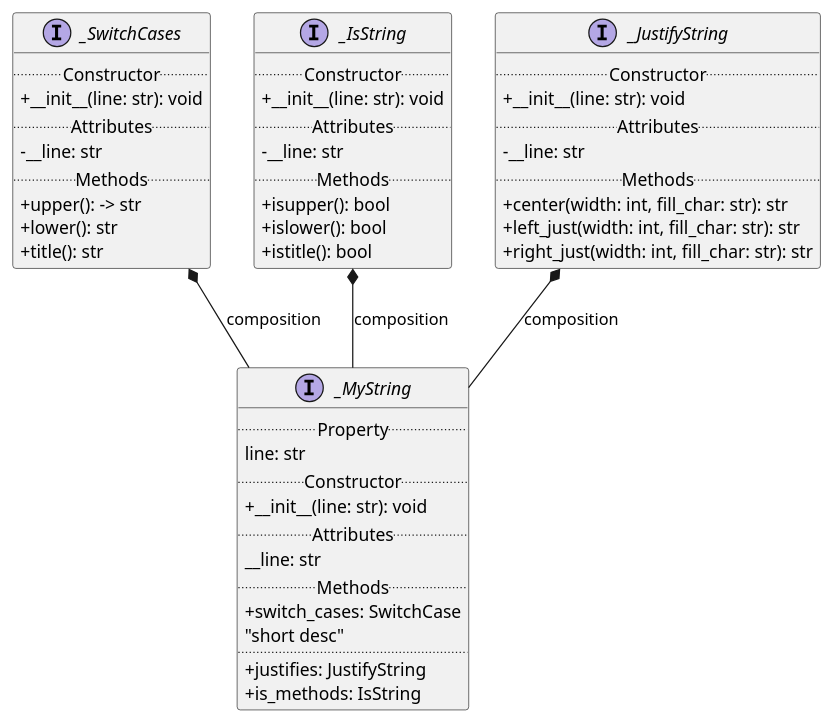
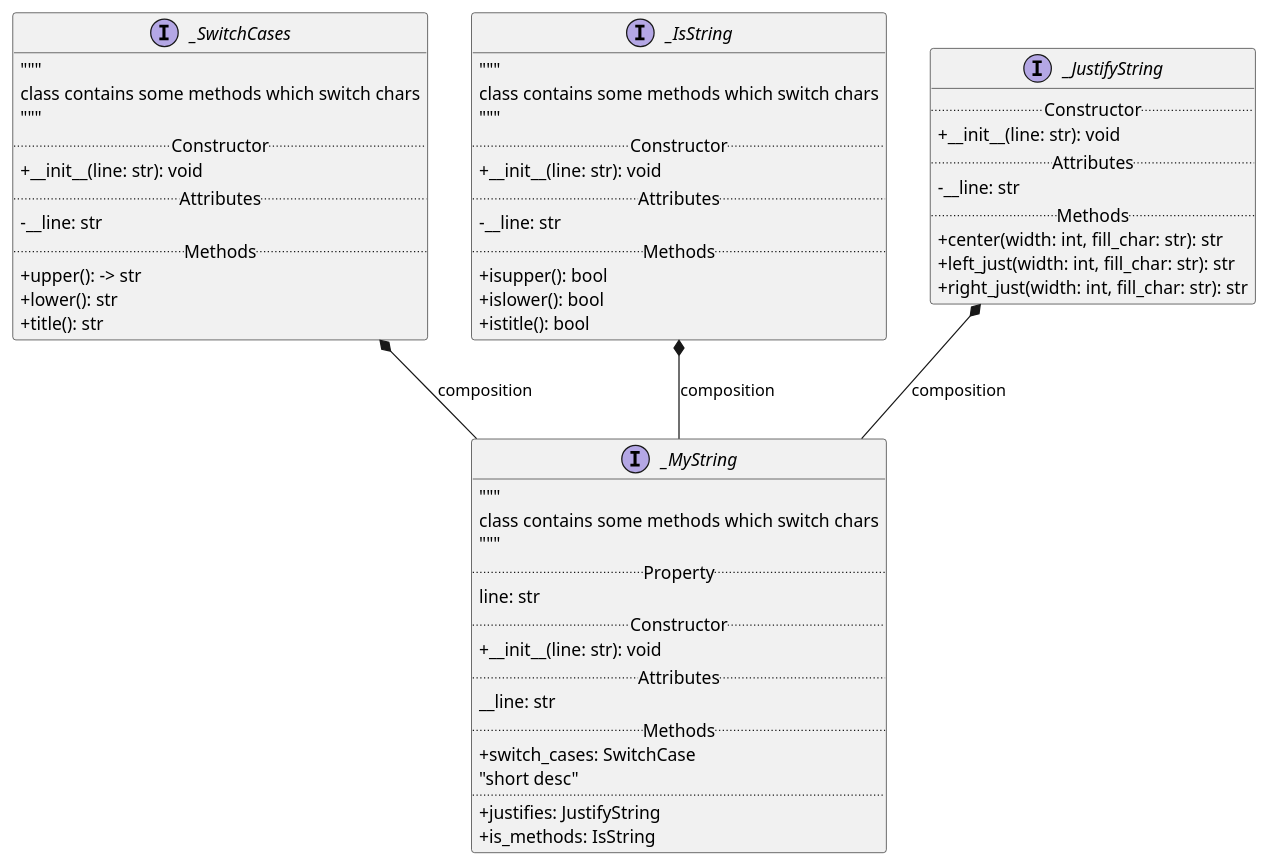
One commit to future-username/Learn_Python changed the diagram in mvp_02_uml_to_py/uml_class_line.puml. Above: the diagram before and after it, drawn with PlantUML. The commit also changed 4 other files, not shown here.

```diff
--- a/mvp_02_uml_to_py/uml_class_line.puml
+++ b/mvp_02_uml_to_py/uml_class_line.puml
@@ -1,56 +1,65 @@
 @startuml
 skinparam classAttributeIconSize 0
 
 InterFace _MyString {
+"""
+class contains some methods which switch chars
+"""
 .. Property ..
 line: str
 .. Constructor ..
 +__init__(line: str): void
 .. Attributes ..
 __line: str
 .. Methods ..
 +switch_cases: SwitchCase
 "short desc"
 ..
 +justifies: JustifyString
 +is_methods: IsString
 }
 
 interface _SwitchCases {
+    """
+    class contains some methods which switch chars
+    """
     .. Constructor ..
     +__init__(line: str): void
     .. Attributes ..
     -__line: str
     .. Methods ..
     +upper(): -> str
     +lower(): str
     +title(): str
 }
 
 interface _IsString {
+    """
+    class contains some methods which switch chars
+    """
     .. Constructor ..
     +__init__(line: str): void
     .. Attributes ..
     -__line: str
     .. Methods ..
     +isupper(): bool
     +islower(): bool
     +istitle(): bool
 }
 
 interface _JustifyString {
     .. Constructor ..
     +__init__(line: str): void
     .. Attributes ..
     -__line: str
     .. Methods ..
     +center(width: int, fill_char: str): str
     +left_just(width: int, fill_char: str): str
     +right_just(width: int, fill_char: str): str
 }
 
 _SwitchCases *-- _MyString: composition
 _IsString *-- _MyString: composition
 _JustifyString *-- _MyString: composition
 
 @enduml
```
